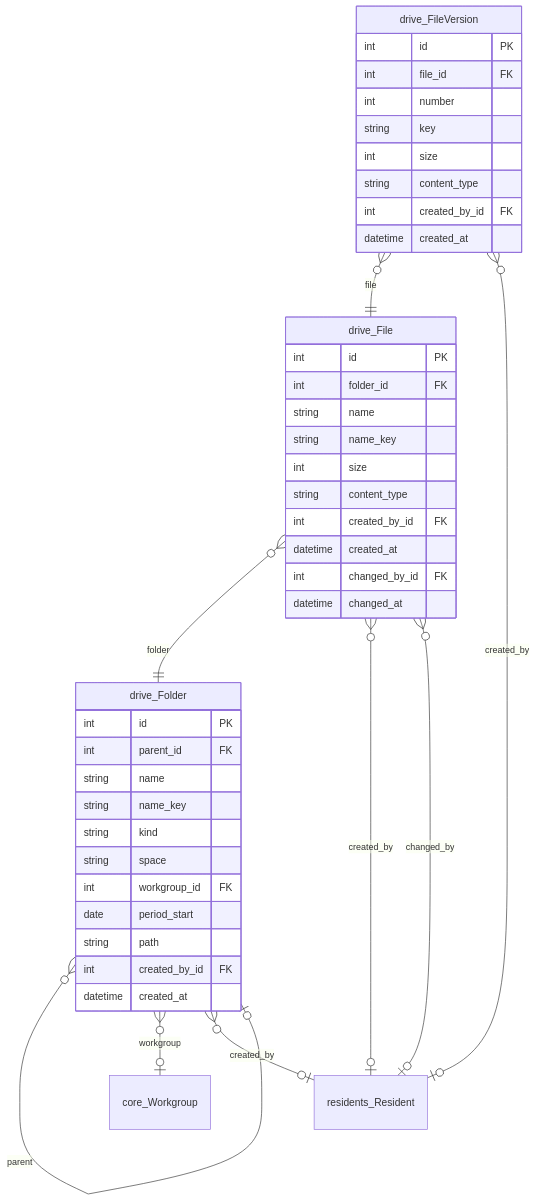
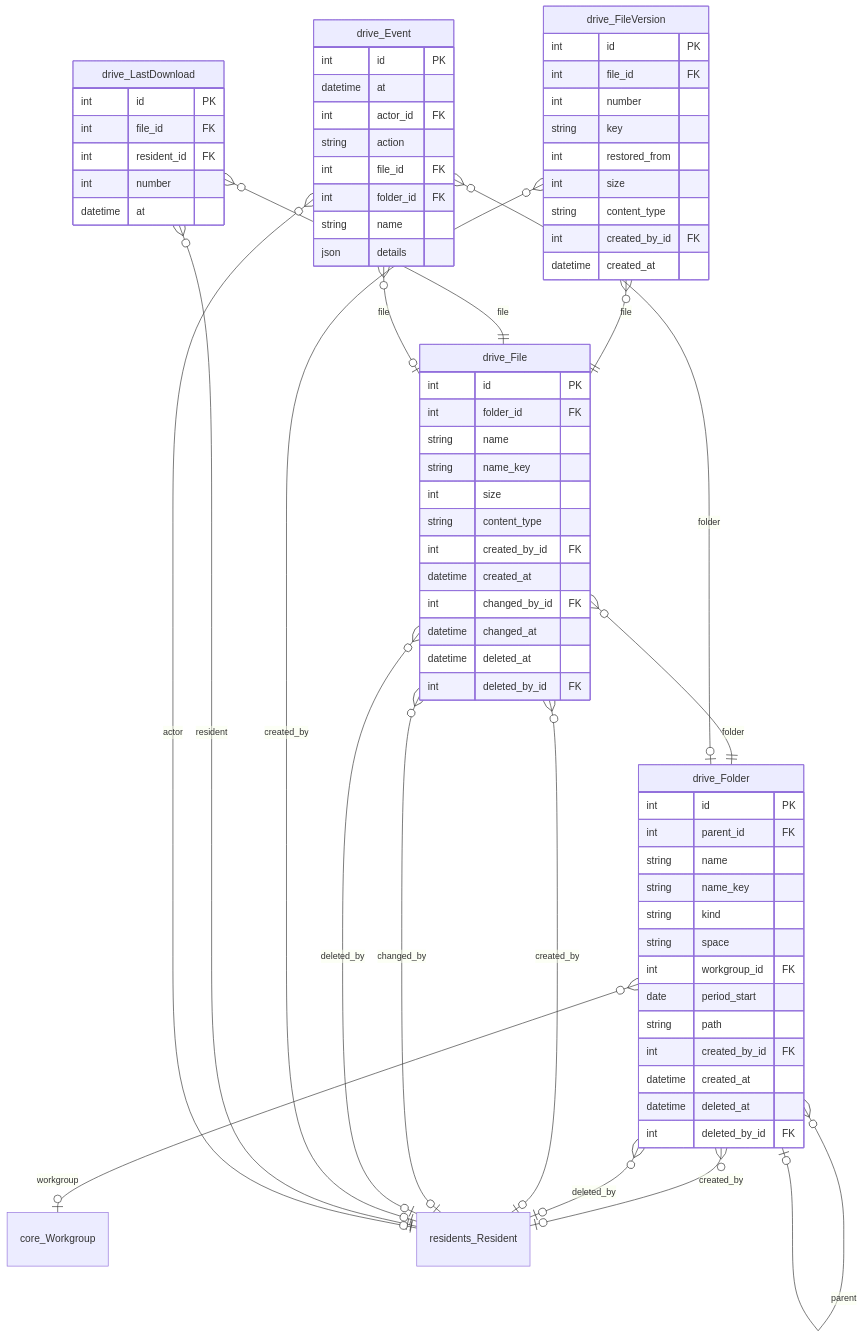
Before and after one commit to GAHK-org/gahk_intern: the seventh of 18 diagrams in docs/erd.md, drawn with Mermaid. The commit also changed other lines of this file and 26 other files, not shown here.

````diff
--- a/docs/erd.md
+++ b/docs/erd.md
@@ -1465,6 +1496,8 @@
         string path
         int created_by_id FK
         datetime created_at
+        datetime deleted_at
+        int deleted_by_id FK
     }
 
     drive_File {
@@ -1478,6 +1511,8 @@
         datetime created_at
         int changed_by_id FK
         datetime changed_at
+        datetime deleted_at
+        int deleted_by_id FK
     }
 
     drive_FileVersion {
@@ -1485,10 +1520,30 @@
         int file_id FK
         int number
         string key
+        int restored_from
         int size
         string content_type
         int created_by_id FK
         datetime created_at
+    }
+
+    drive_LastDownload {
+        int id PK
+        int file_id FK
+        int resident_id FK
+        int number
+        datetime at
+    }
+
+    drive_Event {
+        int id PK
+        datetime at
+        int actor_id FK
+        string action
+        int file_id FK
+        int folder_id FK
+        string name
+        json details
     }
 
     core_Workgroup { }
@@ -1498,9 +1553,16 @@
     drive_Folder }o--|o drive_Folder : "parent"
     drive_Folder }o--|o core_Workgroup : "workgroup"
     drive_Folder }o--|o residents_Resident : "created_by"
+    drive_Folder }o--|o residents_Resident : "deleted_by"
     drive_File }o--|| drive_Folder : "folder"
     drive_File }o--|o residents_Resident : "created_by"
     drive_File }o--|o residents_Resident : "changed_by"
+    drive_File }o--|o residents_Resident : "deleted_by"
     drive_FileVersion }o--|| drive_File : "file"
     drive_FileVersion }o--|o residents_Resident : "created_by"
+    drive_LastDownload }o--|| drive_File : "file"
+    drive_LastDownload }o--|| residents_Resident : "resident"
+    drive_Event }o--|o residents_Resident : "actor"
+    drive_Event }o--|o drive_File : "file"
+    drive_Event }o--|o drive_Folder : "folder"
 ```
````
